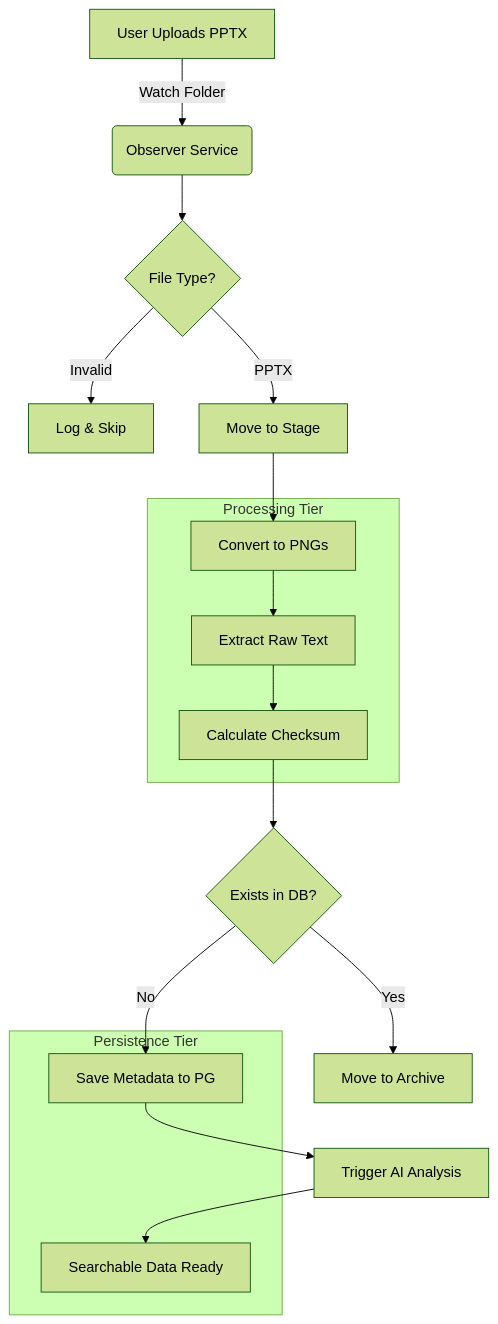
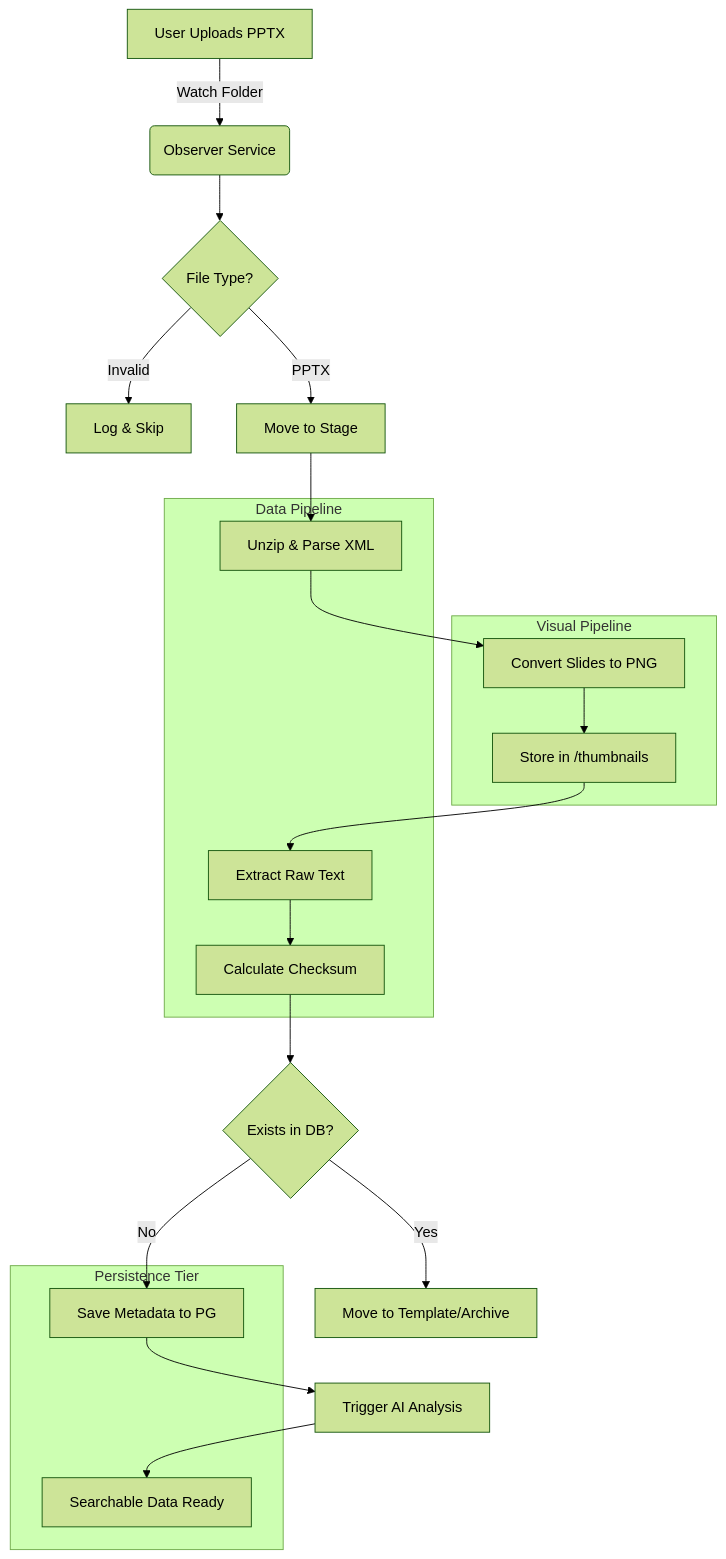
The diagram in docs/architecture/process_flow.md (gnemet/SlideForge), drawn with Mermaid (forest theme) before and after one commit. The commit also changed 2 other files, not shown here.

Commit message:
Docs: Updated process flow and workflow diagrams to include visual pipeline.
- Explicitly added 'Render Thumbnails' and '/thumbnails' storage steps to Mermaid diagrams.
- Segregated 'Visual Pipeline', 'Data Pipeline', and 'Persistence Tier' in architectural graphs.
- Ensured 1:1 alignment between technical documentation and implemented observer logic.

````diff
--- a/docs/architecture/process_flow.md
+++ b/docs/architecture/process_flow.md
@@ -5,29 +5,36 @@
 ```mermaid
 graph TD
     A[User Uploads PPTX] -->|Watch Folder| B(Observer Service)
     B --> C{File Type?}
     C -->|Invalid| D[Log & Skip]
     C -->|PPTX| E[Move to Stage]
     
-    E --> F[Convert to PNGs]
-    F --> G[Extract Raw Text]
-    G --> H[Calculate Checksum]
+    E --> F[Unzip & Parse XML]
+    F --> G[Convert Slides to PNG]
+    G --> H[Store in /thumbnails]
+    H --> I[Extract Raw Text]
+    I --> J[Calculate Checksum]
     
-    H --> I{Exists in DB?}
-    I -->|Yes| J[Move to Archive]
-    I -->|No| K[Save Metadata to PG]
+    J --> K{Exists in DB?}
+    K -->|Yes| L[Move to Template/Archive]
+    K -->|No| M[Save Metadata to PG]
     
-    K --> L[Trigger AI Analysis]
-    L --> M[Searchable Data Ready]
+    M --> N[Trigger AI Analysis]
+    N --> O[Searchable Data Ready]
     
-    subgraph "Processing Tier"
-    F
+    subgraph "Visual Pipeline"
     G
     H
     end
     
+    subgraph "Data Pipeline"
+    F
+    I
+    J
+    end
+    
     subgraph "Persistence Tier"
-    K
     M
+    O
     end
 ```
````
